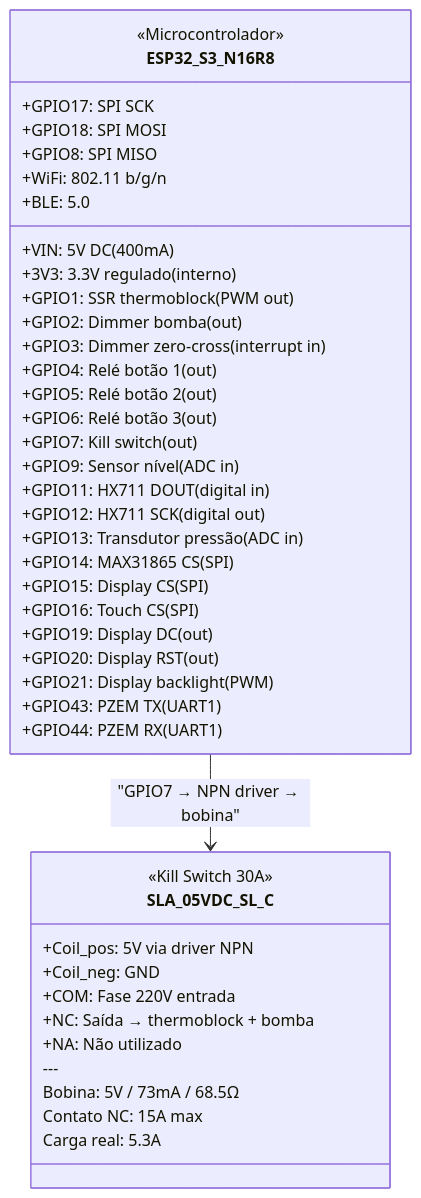
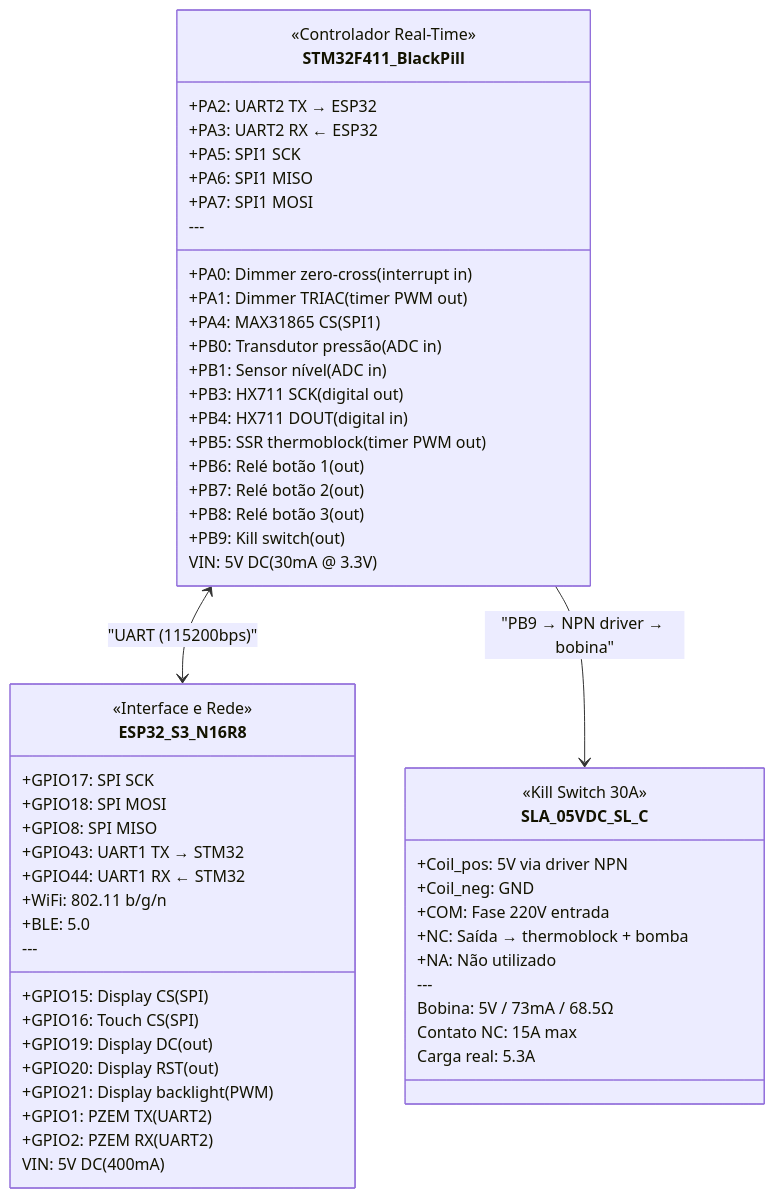
Before and after one commit to SamuelMoraesF/iot-oster-prima-latte2: the first of 5 diagrams in docs/COMPONENTES.md, drawn with Mermaid. The commit also changed other lines of this file, not shown here.

First line of the commit message:
Reestrutura para dual-controller (STM32 + ESP32)

````diff
--- a/docs/COMPONENTES.md
+++ b/docs/COMPONENTES.md
@@ -7,47 +7,61 @@
 ```mermaid
 classDiagram
+    class STM32F411_BlackPill {
+        <<Controlador Real-Time>>
+        +PA0: Dimmer zero-cross (interrupt in)
+        +PA1: Dimmer TRIAC (timer PWM out)
+        +PA2: UART2 TX → ESP32
+        +PA3: UART2 RX ← ESP32
+        +PA4: MAX31865 CS (SPI1)
+        +PA5: SPI1 SCK
+        +PA6: SPI1 MISO
+        +PA7: SPI1 MOSI
+        +PB0: Transdutor pressão (ADC in)
+        +PB1: Sensor nível (ADC in)
+        +PB3: HX711 SCK (digital out)
+        +PB4: HX711 DOUT (digital in)
+        +PB5: SSR thermoblock (timer PWM out)
+        +PB6: Relé botão 1 (out)
+        +PB7: Relé botão 2 (out)
+        +PB8: Relé botão 3 (out)
+        +PB9: Kill switch (out)
+        ---
+        VIN: 5V DC (30mA @ 3.3V)
+    }
+
     class ESP32_S3_N16R8 {
-        <<Microcontrolador>>
-        +VIN: 5V DC (400mA)
-        +3V3: 3.3V regulado (interno)
-        +GPIO1: SSR thermoblock (PWM out)
-        +GPIO2: Dimmer bomba (out)
-        +GPIO3: Dimmer zero-cross (interrupt in)
-        +GPIO4: Relé botão 1 (out)
-        +GPIO5: Relé botão 2 (out)
-        +GPIO6: Relé botão 3 (out)
-        +GPIO7: Kill switch (out)
-        +GPIO9: Sensor nível (ADC in)
-        +GPIO11: HX711 DOUT (digital in)
-        +GPIO12: HX711 SCK (digital out)
-        +GPIO13: Transdutor pressão (ADC in)
-        +GPIO14: MAX31865 CS (SPI)
+        <<Interface e Rede>>
         +GPIO15: Display CS (SPI)
         +GPIO16: Touch CS (SPI)
         +GPIO17: SPI SCK
         +GPIO18: SPI MOSI
         +GPIO8: SPI MISO
         +GPIO19: Display DC (out)
         +GPIO20: Display RST (out)
         +GPIO21: Display backlight (PWM)
-        +GPIO43: PZEM TX (UART1)
-        +GPIO44: PZEM RX (UART1)
+        +GPIO43: UART1 TX → STM32
+        +GPIO44: UART1 RX ← STM32
+        +GPIO1: PZEM TX (UART2)
+        +GPIO2: PZEM RX (UART2)
         +WiFi: 802.11 b/g/n
         +BLE: 5.0
+        ---
+        VIN: 5V DC (400mA)
     }
 
     class SLA_05VDC_SL_C {
         <<Kill Switch 30A>>
         +Coil_pos: 5V via driver NPN
         +Coil_neg: GND
         +COM: Fase 220V entrada
         +NC: Saída → thermoblock + bomba
         +NA: Não utilizado
         ---
         Bobina: 5V / 73mA / 68.5Ω
         Contato NC: 15A max
         Carga real: 5.3A
     }
 
-    ESP32_S3_N16R8 --> SLA_05VDC_SL_C : "GPIO7 → NPN driver → bobina"
+    STM32F411_BlackPill <--> ESP32_S3_N16R8 : "UART (115200bps)"
+    STM32F411_BlackPill --> SLA_05VDC_SL_C : "PB9 → NPN driver → bobina"
 ```
````
